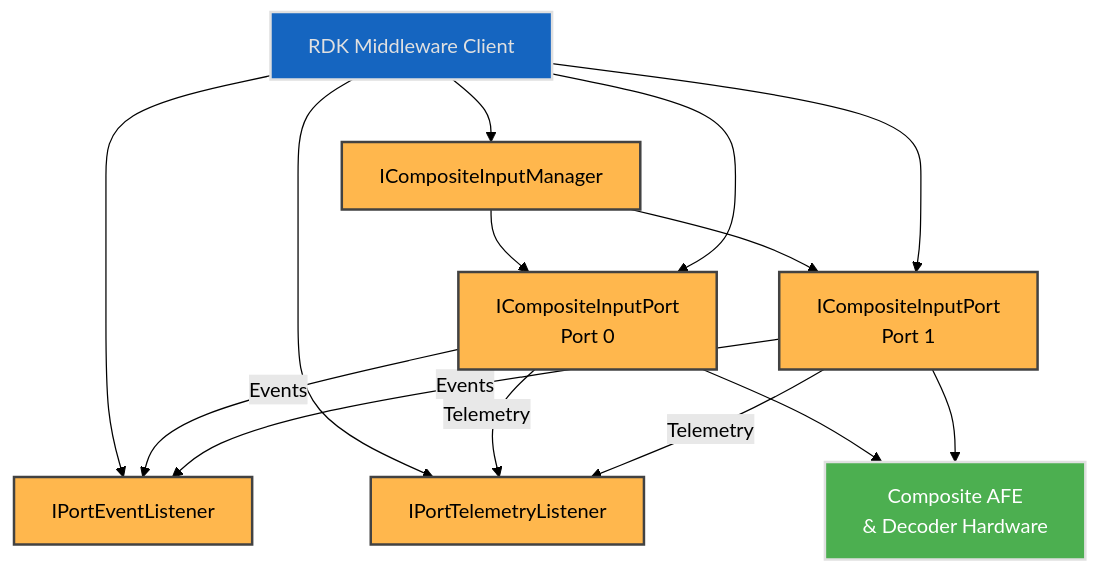
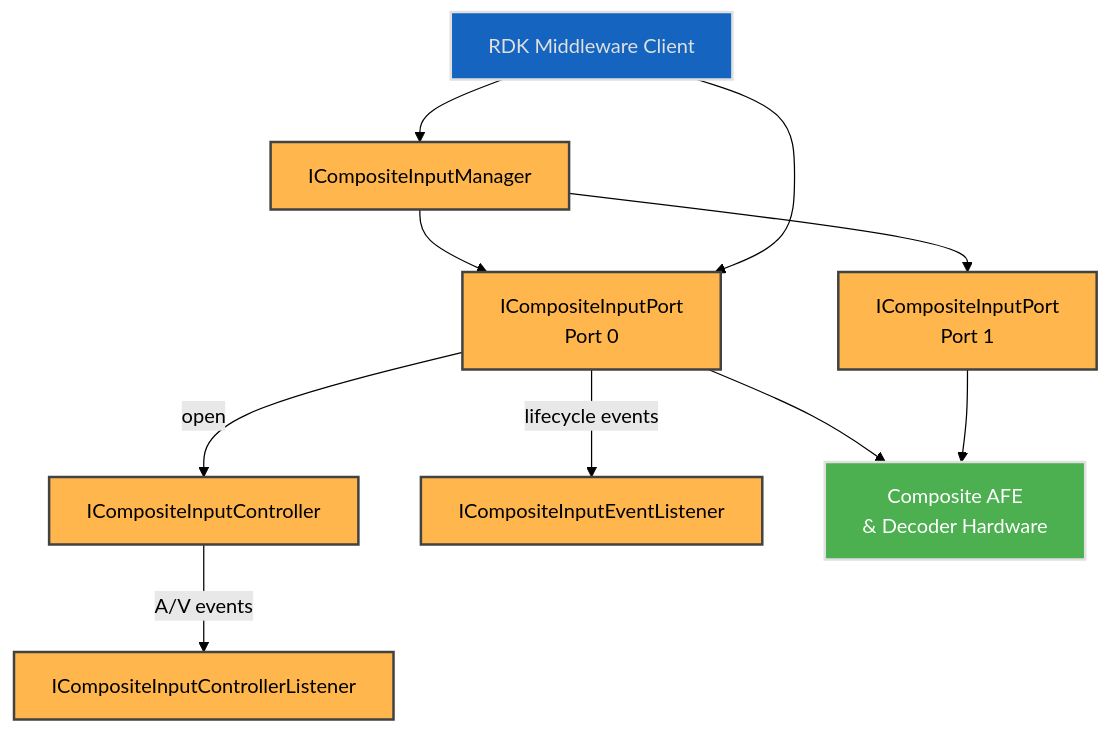
The first of 4 diagrams in docs/halif/composite_input/current/composite_input.md (rdkcentral/rdk-halif-aidl), drawn with Mermaid (forest theme) before and after one commit. The commit also changed other lines of this file, not shown here.

First line of the commit message:
docs(compositeinput): rewrite composite_input.md for generation 2 (#382)

````diff
--- a/docs/halif/composite_input/current/composite_input.md
+++ b/docs/halif/composite_input/current/composite_input.md
@@ -95,32 +106,29 @@
 ```mermaid
 flowchart TD
     Client[RDK Middleware Client]
     Manager[ICompositeInputManager]
     Port0[ICompositeInputPort<br/>Port 0]
     Port1[ICompositeInputPort<br/>Port 1]
-    EventListener[IPortEventListener]
-    TelemetryListener[IPortTelemetryListener]
+    Controller[ICompositeInputController]
+    CtrlListener[ICompositeInputControllerListener]
+    EventListener[ICompositeInputEventListener]
     Hardware[Composite AFE<br/>& Decoder Hardware]
 
     Client --> Manager
     Manager --> Port0
     Manager --> Port1
     Client --> Port0
-    Client --> Port1
-    Client --> EventListener
-    Client --> TelemetryListener
-    Port0 -->|Events| EventListener
-    Port1 -->|Events| EventListener
-    Port0 -->|Telemetry| TelemetryListener
-    Port1 -->|Telemetry| TelemetryListener
+    Port0 -->|open| Controller
+    Controller -->|A/V events| CtrlListener
+    Port0 -->|lifecycle events| EventListener
     Port0 --> Hardware
     Port1 --> Hardware
 
     classDef blue fill:#1565C0,stroke:#E0E0E0,stroke-width:2px,color:#E0E0E0;
     classDef wheat fill:#FFB74D,stroke:#424242,stroke-width:2px,color:#000000;
     classDef green fill:#4CAF50,stroke:#E0E0E0,stroke-width:2px,color:#FFFFFF;
 
     class Client blue;
-    class Manager,Port0,Port1,EventListener,TelemetryListener wheat;
+    class Manager,Port0,Port1,Controller,CtrlListener,EventListener wheat;
     class Hardware green;
 ```
````
